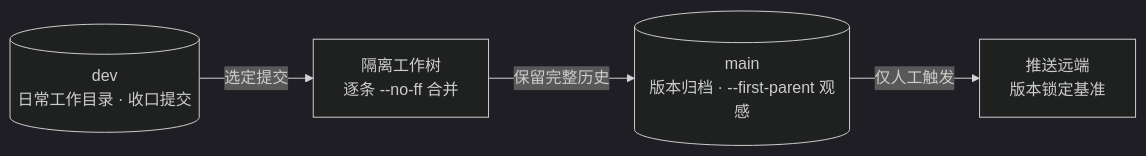
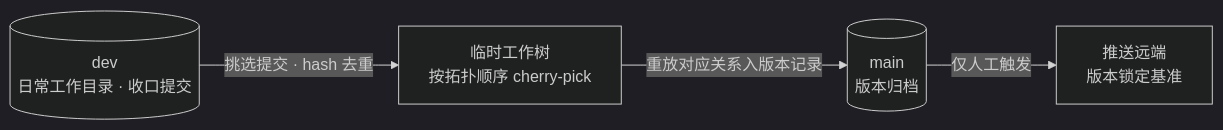
The fourth of 4 diagrams in DESIGN.md (adichou/agent-team-board), drawn with Mermaid (dark theme) before and after one commit. The commit also changed other lines of this file and 11 other files, not shown here.

````diff
--- a/DESIGN.md
+++ b/DESIGN.md
@@ -151,6 +153,6 @@
 ```mermaid
 flowchart LR
-    DEV[("dev<br/>日常工作目录 · 收口提交")] -->|"选定提交"| WT["隔离工作树<br/>逐条 --no-ff 合并"]
-    WT -->|"保留完整历史"| MAIN[("main<br/>版本归档 · --first-parent 观感")]
+    DEV[("dev<br/>日常工作目录 · 收口提交")] -->|"挑选提交 · hash 去重"| WT["临时工作树<br/>按拓扑顺序 cherry-pick"]
+    WT -->|"重放对应关系入版本记录"| MAIN[("main<br/>版本归档")]
     MAIN -->|"仅人工触发"| PUSH["推送远端<br/>版本锁定基准"]
 ```
````
